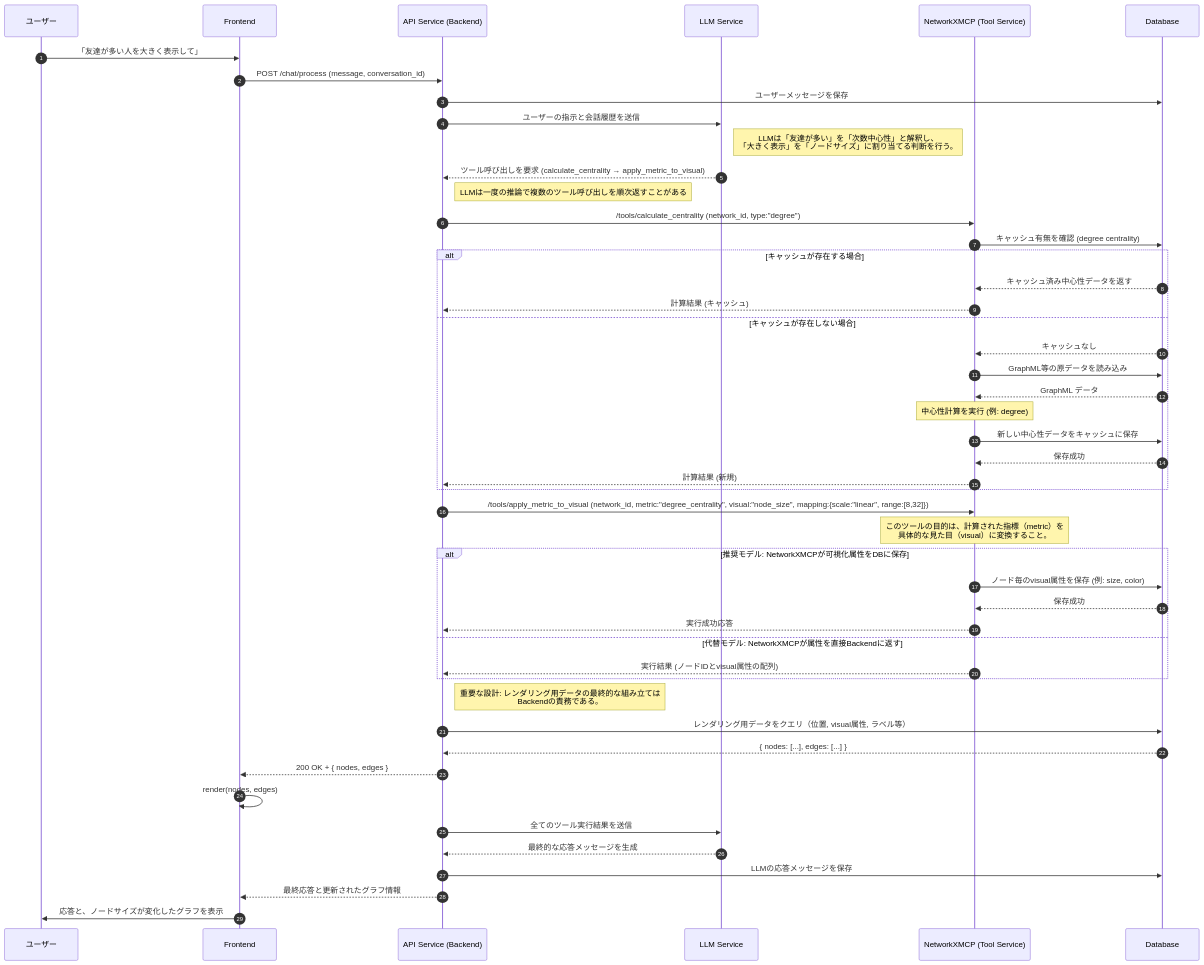
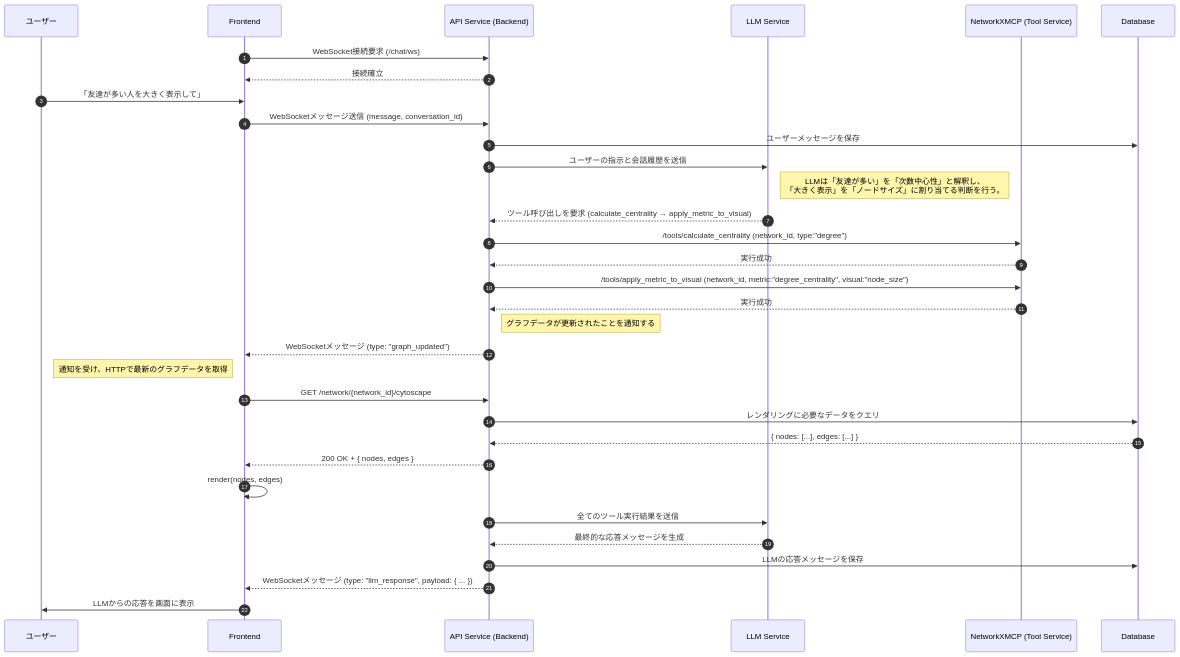
One commit to vdslab/LLMGraphvis changed the second of 3 diagrams in specification/Interactions.md. Above: the diagram before and after it, drawn with Mermaid. The commit also changed other lines of this file and 3 other files, not shown here.

Commit message:
feat: Add authentication flow documentation and update references in existing documents

````diff
--- a/specification/Interactions.md
+++ b/specification/Interactions.md
@@ -91,67 +55,50 @@
 ```mermaid
 sequenceDiagram
     autonumber
     %% Participants
     participant U as ユーザー
     participant F as Frontend
     participant B as API Service (Backend)
     participant LLM as LLM Service
     participant N as NetworkXMCP (Tool Service)
     participant DB as Database
 
+    %% WebSocket Connection
+    F->>B: WebSocket接続要求 (/chat/ws)
+    B-->>F: 接続確立
+
     %% Step 1: User sends a message
     U->>F: 「友達が多い人を大きく表示して」
-    F->>B: POST /chat/process (message, conversation_id)
+    F->>B: WebSocketメッセージ送信 (message, conversation_id)
     B->>DB: ユーザーメッセージを保存
 
     %% Step 2: Backend invokes LLM
     B->>LLM: ユーザーの指示と会話履歴を送信
     note right of LLM: LLMは「友達が多い」を「次数中心性」と解釈し、<br/>「大きく表示」を「ノードサイズ」に割り当てる判断を行う。
     LLM-->>B: ツール呼び出しを要求 (calculate_centrality → apply_metric_to_visual)
-    note right of B: LLMは一度の推論で複数のツール呼び出しを順次返すことがある
 
-    %% Step 3: Backend calls the first tool: calculation
+    %% Step 3: Backend calls tools
     B->>N: /tools/calculate_centrality (network_id, type:"degree")
+    N-->>B: 実行成功
+    B->>N: /tools/apply_metric_to_visual (network_id, metric:"degree_centrality", visual:"node_size")
+    N-->>B: 実行成功
 
-    %% Step 4: NetworkXMCP checks cache, computes if needed, and saves to cache
-    N->>DB: キャッシュ有無を確認 (degree centrality)
-    alt キャッシュが存在する場合
-        DB-->>N: キャッシュ済み中心性データを返す
-        N-->>B: 計算結果 (キャッシュ)
-    else キャッシュが存在しない場合
-        DB-->>N: キャッシュなし
-        N->>DB: GraphML等の原データを読み込み
-        DB-->>N: GraphML データ
-        note over N: 中心性計算を実行 (例: degree)
-        N->>DB: 新しい中心性データをキャッシュに保存
-        DB-->>N: 保存成功
-        N-->>B: 計算結果 (新規)
-    end
+    %% Step 4: Backend sends a notification via WebSocket
+    note right of B: グラフデータが更新されたことを通知する
+    B-->>F: WebSocketメッセージ (type: "graph_updated")
 
-    %% Step 5: Backend calls the second tool: visualization mapping
-    B->>N: /tools/apply_metric_to_visual (network_id, metric:"degree_centrality", visual:"node_size", mapping:{scale:"linear", range:[8,32]})
-    note over N: このツールの目的は、計算された指標（metric）を<br/>具体的な見た目（visual）に変換すること。
-
-    %% Step 6: NetworkXMCP's behavior (implementation choice)
-    alt 推奨モデル: NetworkXMCPが可視化属性をDBに保存
-        N->>DB: ノード毎のvisual属性を保存 (例: size, color)
-        DB-->>N: 保存成功
-        N-->>B: 実行成功応答
-    else 代替モデル: NetworkXMCPが属性を直接Backendに返す
-        N-->>B: 実行結果 (ノードIDとvisual属性の配列)
-    end
-
-    %% Step 7: Backend assembles rendering data and returns to Frontend
-    note right of B: 重要な設計: レンダリング用データの最終的な組み立ては<br/>Backendの責務である。
-    B->>DB: レンダリング用データをクエリ（位置, visual属性, ラベル等）
+    %% Step 5: Frontend fetches the updated graph data via HTTP
+    note left of F: 通知を受け、HTTPで最新のグラフデータを取得
+    F->>B: GET /network/{network_id}/cytoscape
+    B->>DB: レンダリングに必要なデータをクエリ
     DB-->>B: { nodes: [...], edges: [...] }
     B-->>F: 200 OK + { nodes, edges }
     F->>F: render(nodes, edges)
 
-    %% Step 8: Backend informs LLM of tool results and gets final response
+    %% Step 6: Backend gets final response from LLM and sends it via WebSocket
     B->>LLM: 全てのツール実行結果を送信
     LLM-->>B: 最終的な応答メッセージを生成
     B->>DB: LLMの応答メッセージを保存
-    B-->>F: 最終応答と更新されたグラフ情報
-    F->>U: 応答と、ノードサイズが変化したグラフを表示
+    B-->>F: WebSocketメッセージ (type: "llm_response", payload: { ... })
+    F->>U: LLMからの応答を画面に表示
 ```
````
